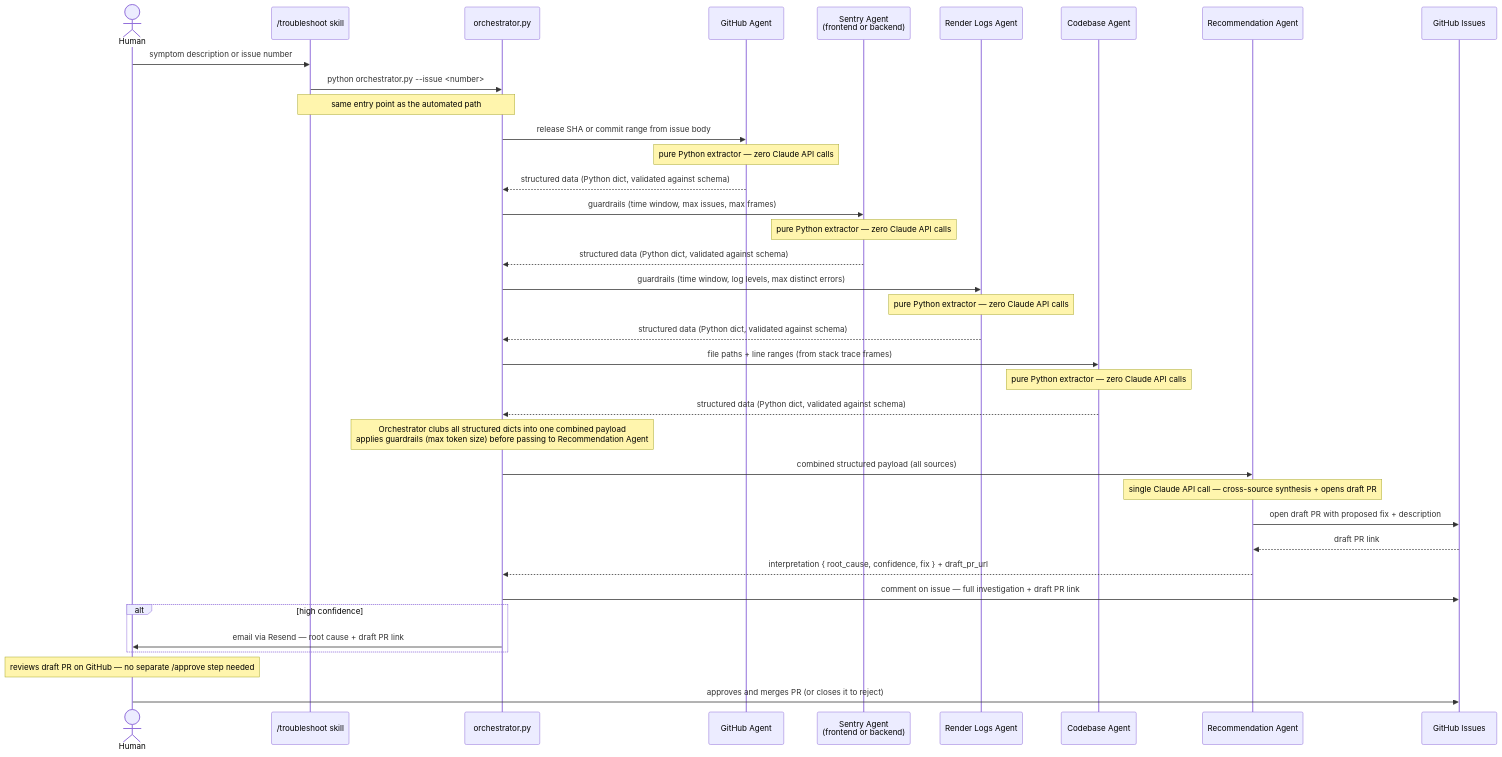
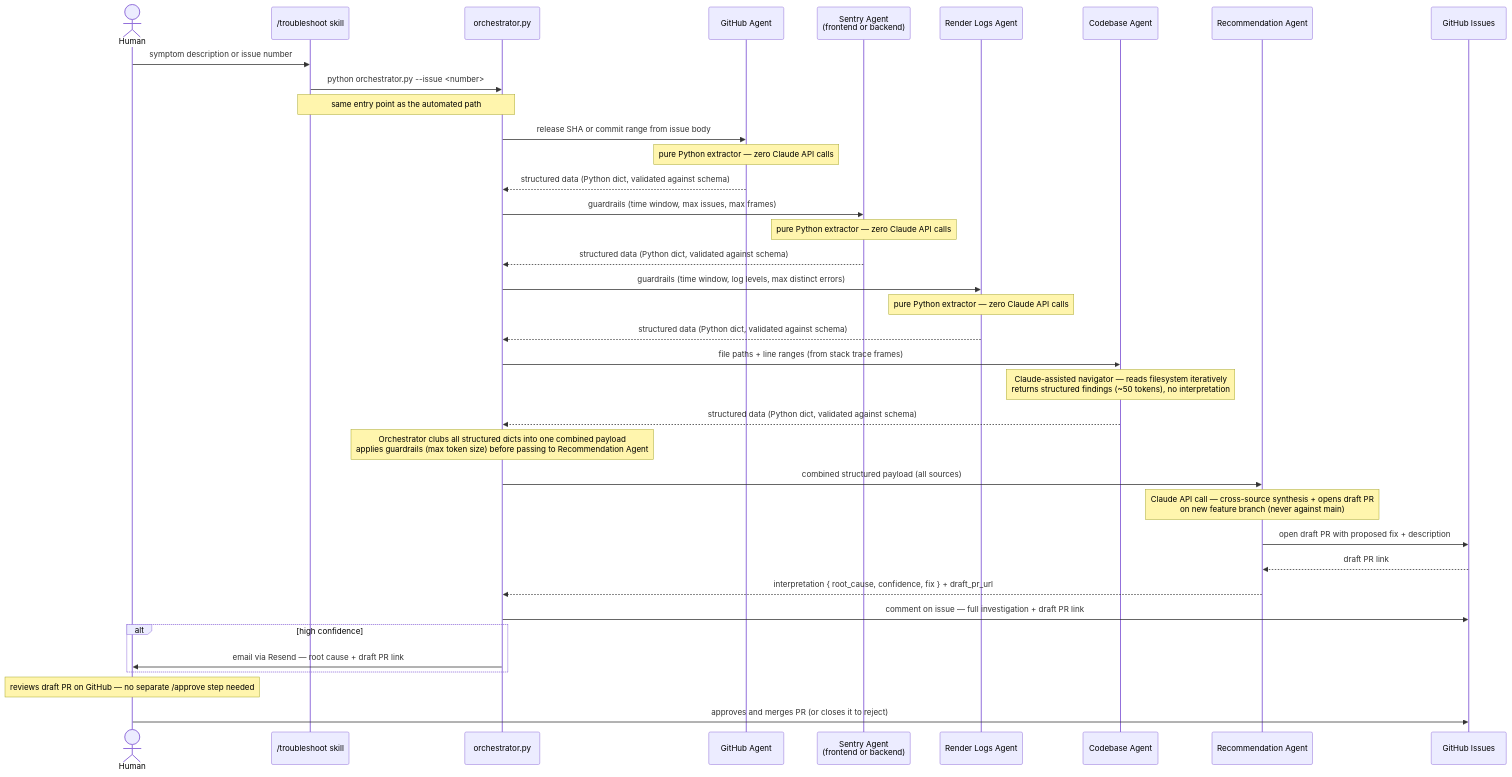
Before and after one commit to vikasparth/restaurant-main: the fourth of 4 diagrams in docs/engineering-practices/agent-architecture.md, drawn with Mermaid. The commit also changed other lines of this file, not shown here.

Commit message:
docs(agents): align architecture doc with Codebase Agent and 3-caller design ...

````diff
--- a/docs/engineering-practices/agent-architecture.md
+++ b/docs/engineering-practices/agent-architecture.md
@@ -748,41 +737,41 @@
 ```mermaid
 sequenceDiagram
     actor Human as Human
     participant Skill as /troubleshoot skill
     participant Orch as orchestrator.py
     participant GHAgent as GitHub Agent
     participant SAgent as Sentry Agent<br/>(frontend or backend)
     participant Render as Render Logs Agent
     participant Code as Codebase Agent
     participant Rec as Recommendation Agent
     participant GH as GitHub Issues
 
     Human->>Skill: symptom description or issue number
     Skill->>Orch: python orchestrator.py --issue <number>
     Note over Skill,Orch: same entry point as the automated path
 
     Orch->>GHAgent: release SHA or commit range from issue body
     Note over GHAgent: pure Python extractor — zero Claude API calls
     GHAgent-->>Orch: structured data (Python dict, validated against schema)
     Orch->>SAgent: guardrails (time window, max issues, max frames)
     Note over SAgent: pure Python extractor — zero Claude API calls
     SAgent-->>Orch: structured data (Python dict, validated against schema)
     Orch->>Render: guardrails (time window, log levels, max distinct errors)
     Note over Render: pure Python extractor — zero Claude API calls
     Render-->>Orch: structured data (Python dict, validated against schema)
     Orch->>Code: file paths + line ranges (from stack trace frames)
-    Note over Code: pure Python extractor — zero Claude API calls
+    Note over Code: Claude-assisted navigator — reads filesystem iteratively<br/>returns structured findings (~50 tokens), no interpretation
     Code-->>Orch: structured data (Python dict, validated against schema)
     Note over Orch: Orchestrator clubs all structured dicts into one combined payload<br/>applies guardrails (max token size) before passing to Recommendation Agent
     Orch->>Rec: combined structured payload (all sources)
-    Note over Rec: single Claude API call — cross-source synthesis + opens draft PR
+    Note over Rec: Claude API call — cross-source synthesis + opens draft PR<br/>on new feature branch (never against main)
     Rec->>GH: open draft PR with proposed fix + description
     GH-->>Rec: draft PR link
     Rec-->>Orch: interpretation { root_cause, confidence, fix } + draft_pr_url
     Orch->>GH: comment on issue — full investigation + draft PR link
     alt high confidence
         Orch->>Human: email via Resend — root cause + draft PR link
     end
     Note over Human: reviews draft PR on GitHub — no separate /approve step needed
     Human->>GH: approves and merges PR (or closes it to reject)
 ```
````
